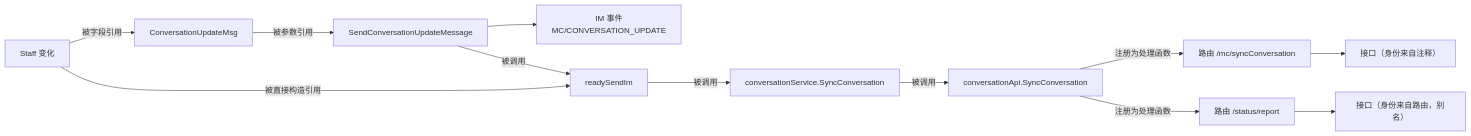
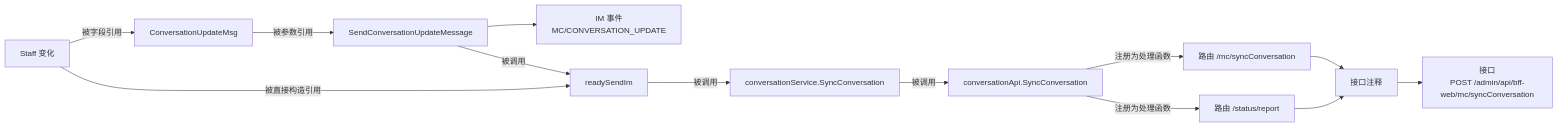
The second of 2 diagrams in TECH-DESIGN-impact-analysis.md (Flying-Bird1999/go-analyzer), drawn with Mermaid before and after one commit. The commit also changed other lines of this file and 1 other file, not shown here.

````diff
--- a/TECH-DESIGN-impact-analysis.md
+++ b/TECH-DESIGN-impact-analysis.md
@@ -520,26 +469,27 @@
 ```mermaid
 flowchart LR
     STAFF["Staff 变化"]
     MSG["ConversationUpdateMsg"]
     SEND["SendConversationUpdateMessage"]
     IM["IM 事件<br/>MC/CONVERSATION_UPDATE"]
     READY["readySendIm"]
     SVC["conversationService.SyncConversation"]
     CTRL["conversationApi.SyncConversation"]
     R1["路由 /mc/syncConversation"]
     R2["路由 /status/report"]
-    E1["接口（身份来自注释）"]
-    E2["接口（身份来自路由，别名）"]
+    ANNO["接口注释"]
+    E1["接口<br/>POST /admin/api/bff-web/mc/syncConversation"]
 
     STAFF -->|"被字段引用"| MSG
     STAFF -->|"被直接构造引用"| READY
     MSG -->|"被参数引用"| SEND
     SEND --> IM
     SEND -->|"被调用"| READY
     READY -->|"被调用"| SVC
     SVC -->|"被调用"| CTRL
     CTRL -->|"注册为处理函数"| R1
     CTRL -->|"注册为处理函数"| R2
-    R1 --> E1
-    R2 --> E2
+    R1 --> ANNO
+    R2 --> ANNO
+    ANNO --> E1
 ```
````
